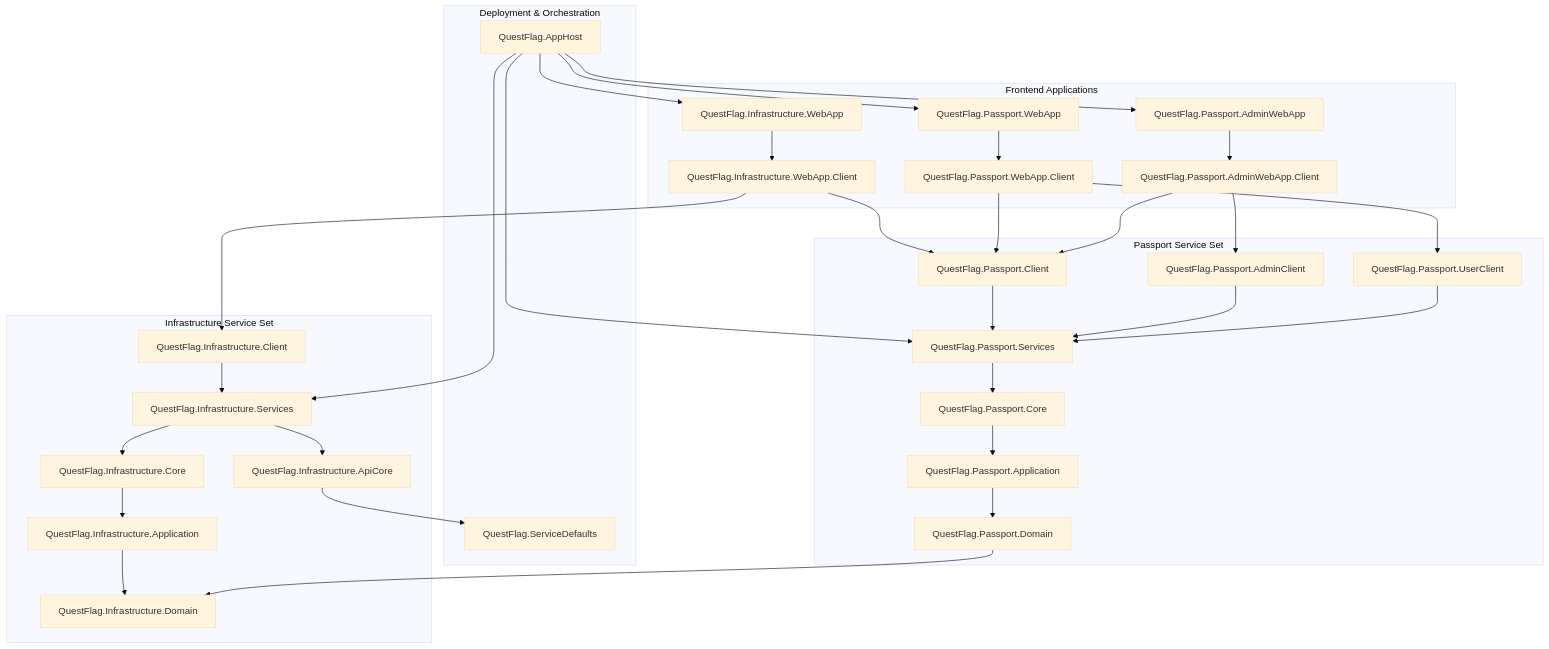
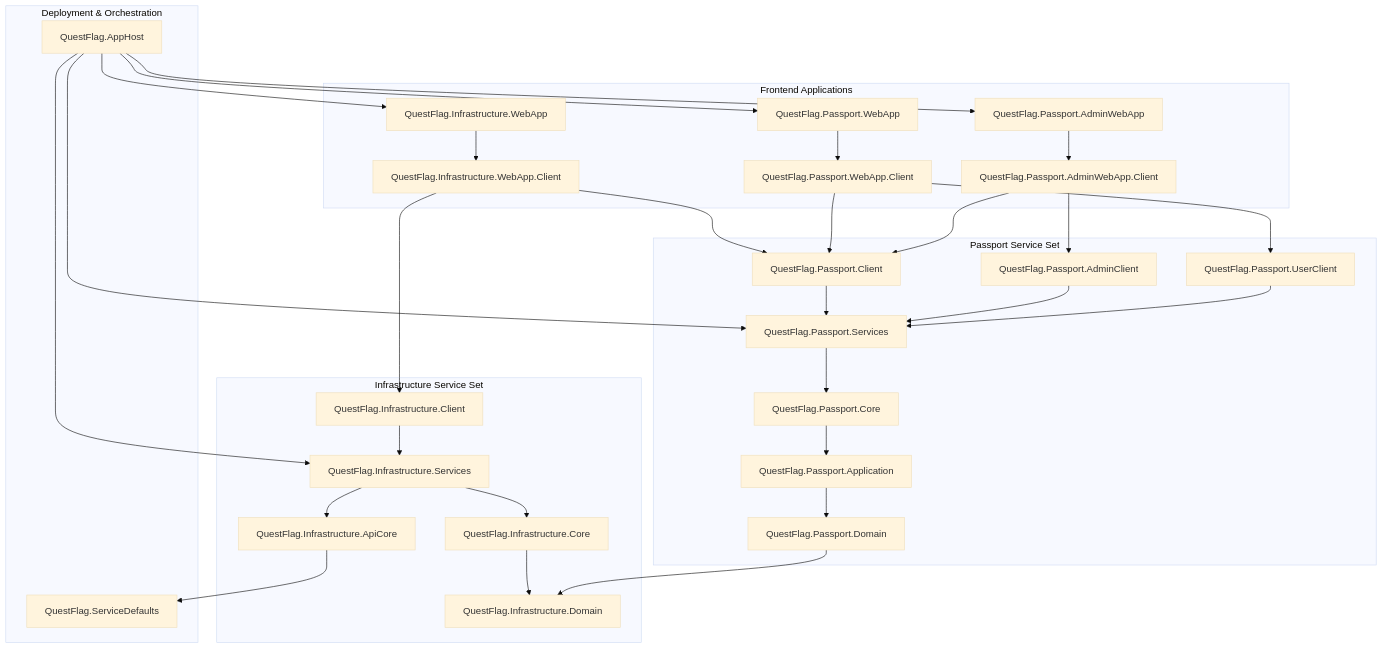
Before and after one commit to questflag/qf-apps: the diagram in docs/projects.md, drawn with Mermaid (base theme). The commit also changed other lines of this file and 11 other files, not shown here.

````diff
--- a/docs/projects.md
+++ b/docs/projects.md
@@ -9,69 +9,67 @@
 ```mermaid
 graph TD
     subgraph "Deployment & Orchestration"
         AH[QuestFlag.AppHost]
         SD[QuestFlag.ServiceDefaults]
     end
 
     subgraph "Infrastructure Service Set"
         ID[QuestFlag.Infrastructure.Domain]
-        IA[QuestFlag.Infrastructure.Application]
         IC[QuestFlag.Infrastructure.Core]
         IS[QuestFlag.Infrastructure.Services]
         ICL[QuestFlag.Infrastructure.Client]
         IAC[QuestFlag.Infrastructure.ApiCore]
         
-        IA --> ID
-        IC --> IA
+        IC --> ID
         IS --> IC
         IS --> IAC
         ICL --> IS
         IAC --> SD
     end
 
     subgraph "Passport Service Set"
         PD[QuestFlag.Passport.Domain]
         PA[QuestFlag.Passport.Application]
         PC[QuestFlag.Passport.Core]
         PS[QuestFlag.Passport.Services]
         PCL[QuestFlag.Passport.Client]
         PACL[QuestFlag.Passport.AdminClient]
         PUCL[QuestFlag.Passport.UserClient]
         
         PA --> PD
         PC --> PA
         PS --> PC
         PCL --> PS
         PACL --> PS
         PUCL --> PS
         
         PD --> ID
     end
 
     subgraph "Frontend Applications"
         WA[QuestFlag.Infrastructure.WebApp]
         WAC[QuestFlag.Infrastructure.WebApp.Client]
         PWA[QuestFlag.Passport.WebApp]
         PWAC[QuestFlag.Passport.WebApp.Client]
         PAWA[QuestFlag.Passport.AdminWebApp]
         PAWAC[QuestFlag.Passport.AdminWebApp.Client]
         
         WA --> WAC
         WAC --> ICL
         WAC --> PCL
         
         PWA --> PWAC
         PWAC --> PCL
         PWAC --> PUCL
         
         PAWA --> PAWAC
         PAWAC --> PACL
         PAWAC --> PCL
     end
 
     AH --> IS
     AH --> PS
     AH --> WA
     AH --> PWA
     AH --> PAWA
 ```
````
